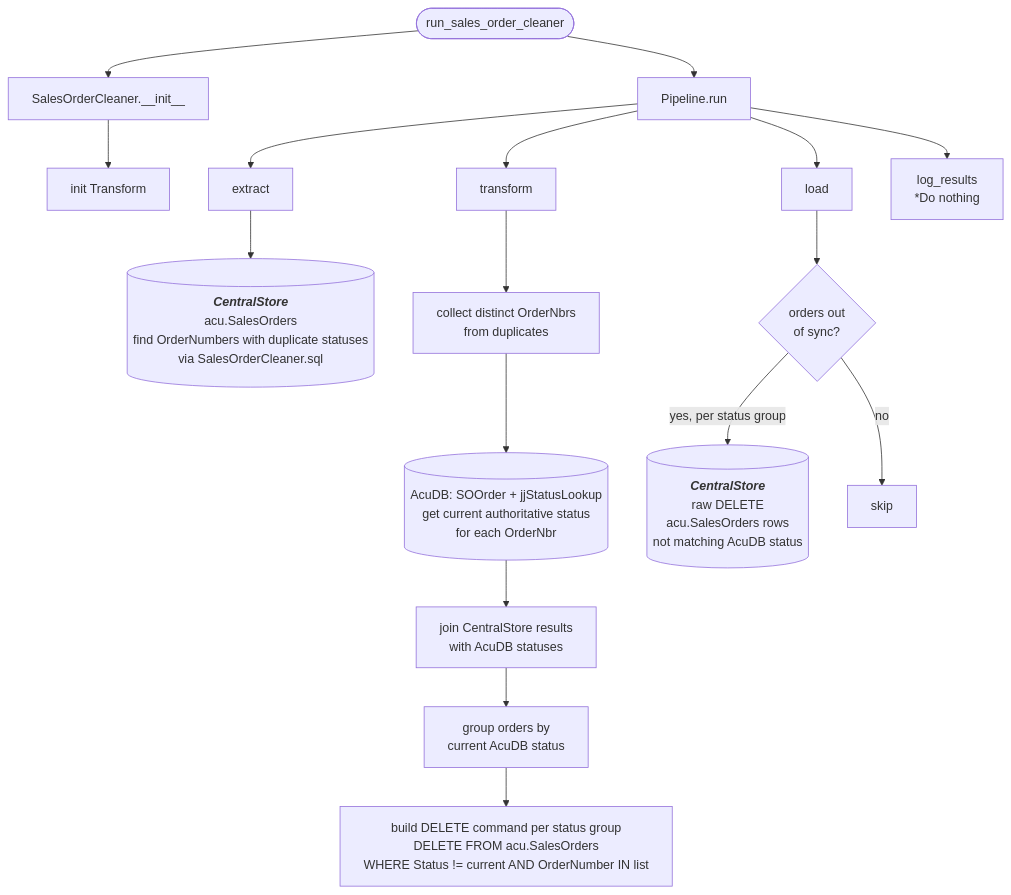
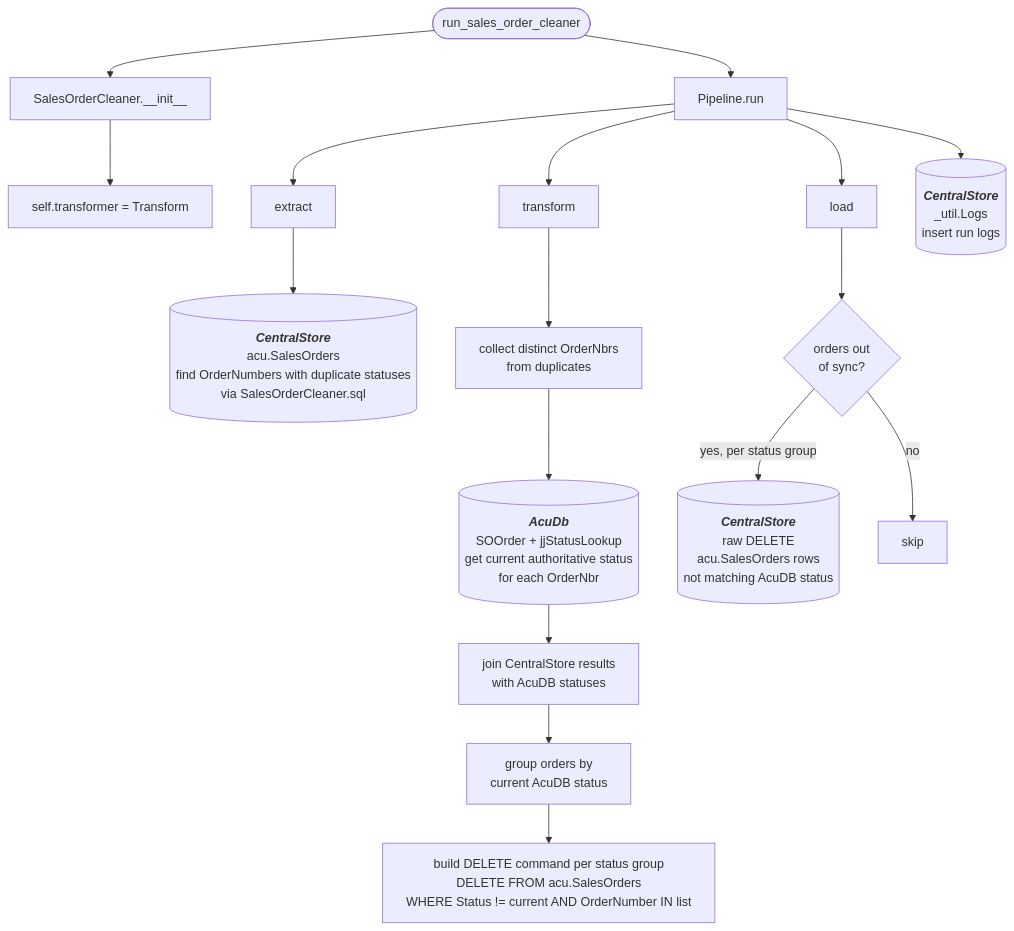
The diagram in docs/pipelines/sales_order_cleaner.md (journeyhl/integration-platform), drawn with Mermaid before and after one commit. The commit also changed 25 other files, not shown here.

````diff
--- a/docs/pipelines/sales_order_cleaner.md
+++ b/docs/pipelines/sales_order_cleaner.md
@@ -1,29 +1,36 @@
 ```mermaid
 %%{init: {"flowchart": {"wrappingWidth": 400}}}%%
 flowchart TD
     A([run_sales_order_cleaner]) --> B[SalesOrderCleaner.__init__]
-    B --> B1[init Transform]
+    B --> B1[
+        self.transformer = Transform
+    ]
     A --> RUN[Pipeline.run]
 
     RUN --> EX[extract]
     EX --> D1[(
         <b><i>CentralStore</i></b>
         acu.SalesOrders<br/>find OrderNumbers with duplicate statuses<br/>via SalesOrderCleaner.sql
         )]
 
     RUN --> TR[transform]
     TR --> T1[collect distinct OrderNbrs<br/>from duplicates]
-    T1 --> D2[(AcuDB: SOOrder + jjStatusLookup<br/>get current authoritative status<br/>for each OrderNbr)]
+    T1 --> D2[(
+        <b><i>AcuDb</i></b>
+        SOOrder + jjStatusLookup<br/>get current authoritative status<br/>for each OrderNbr)]
     D2 --> T2[join CentralStore results<br/>with AcuDB statuses]
     T2 --> T3[group orders by<br/>current AcuDB status]
     T3 --> T4[build DELETE command per status group<br/>DELETE FROM acu.SalesOrders<br/>WHERE Status != current AND OrderNumber IN list]
 
     RUN --> LD[load]
     LD --> LD1{orders out<br/>of sync?}
     LD1 -->|yes, per status group| LD2[(
         <b><i>CentralStore</i></b>
         raw DELETE<br/>acu.SalesOrders rows<br/>not matching AcuDB status)]
     LD1 -->|no| SKIP[skip]
 
-    RUN --> LR[log_results<br/>*Do nothing]
+    RUN --> LOGS[(
+        <b><i>CentralStore</i></b>
+        _util.Logs<br/>insert run logs
+    )]
 ```
````
